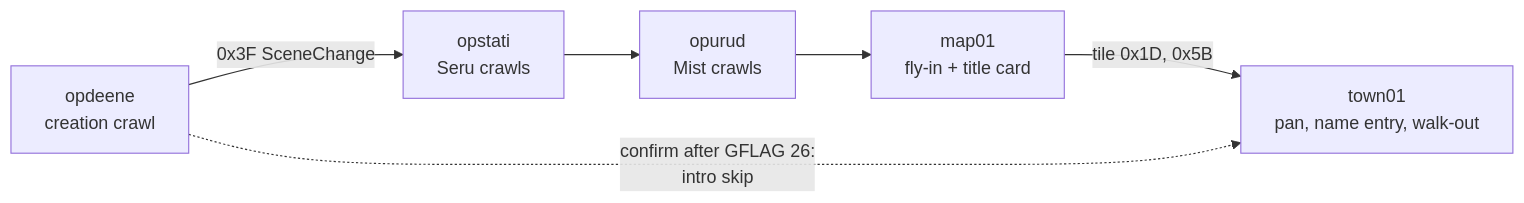
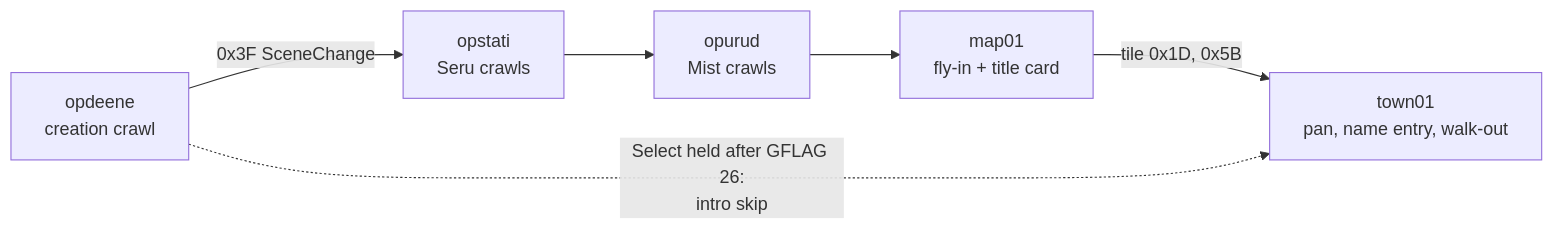
One commit to AndrewAltimit/legend-of-legaia-re changed the fifth of 8 diagrams in docs/subsystems/cutscene.md. Above: the diagram before and after it, drawn with Mermaid. The commit also changed other lines of this file and 215 other files, not shown here.

````diff
--- a/docs/subsystems/cutscene.md
+++ b/docs/subsystems/cutscene.md
@@ -1012,8 +1012,8 @@
 ```mermaid
 flowchart LR
     A["opdeene<br/>creation crawl"] -->|"0x3F SceneChange"| B["opstati<br/>Seru crawls"]
     B --> C["opurud<br/>Mist crawls"]
     C --> D["map01<br/>fly-in + title card"]
     D -->|"tile 0x1D, 0x5B"| E["town01<br/>pan, name entry, walk-out"]
-    A -.->|"confirm after GFLAG 26:<br/>intro skip"| E
+    A -.->|"Select held after GFLAG 26:<br/>intro skip"| E
 ```
````
